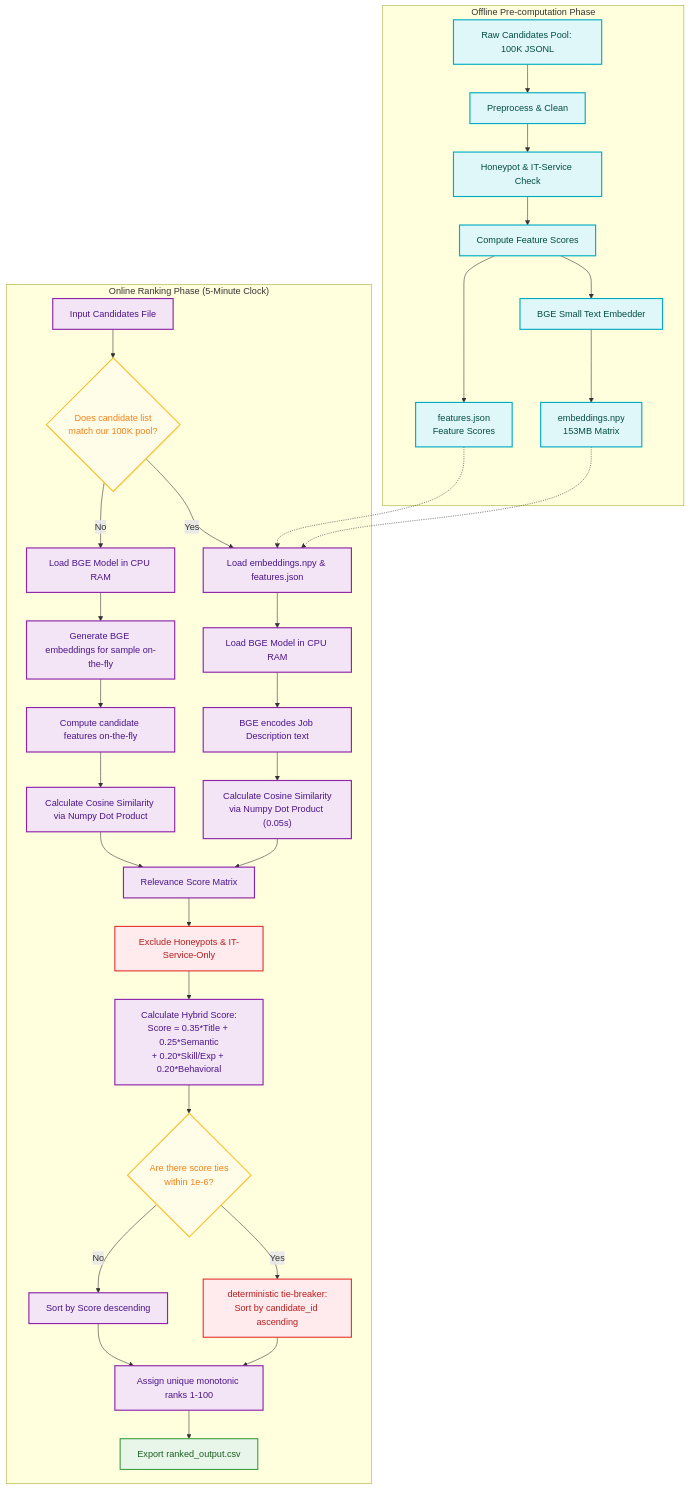
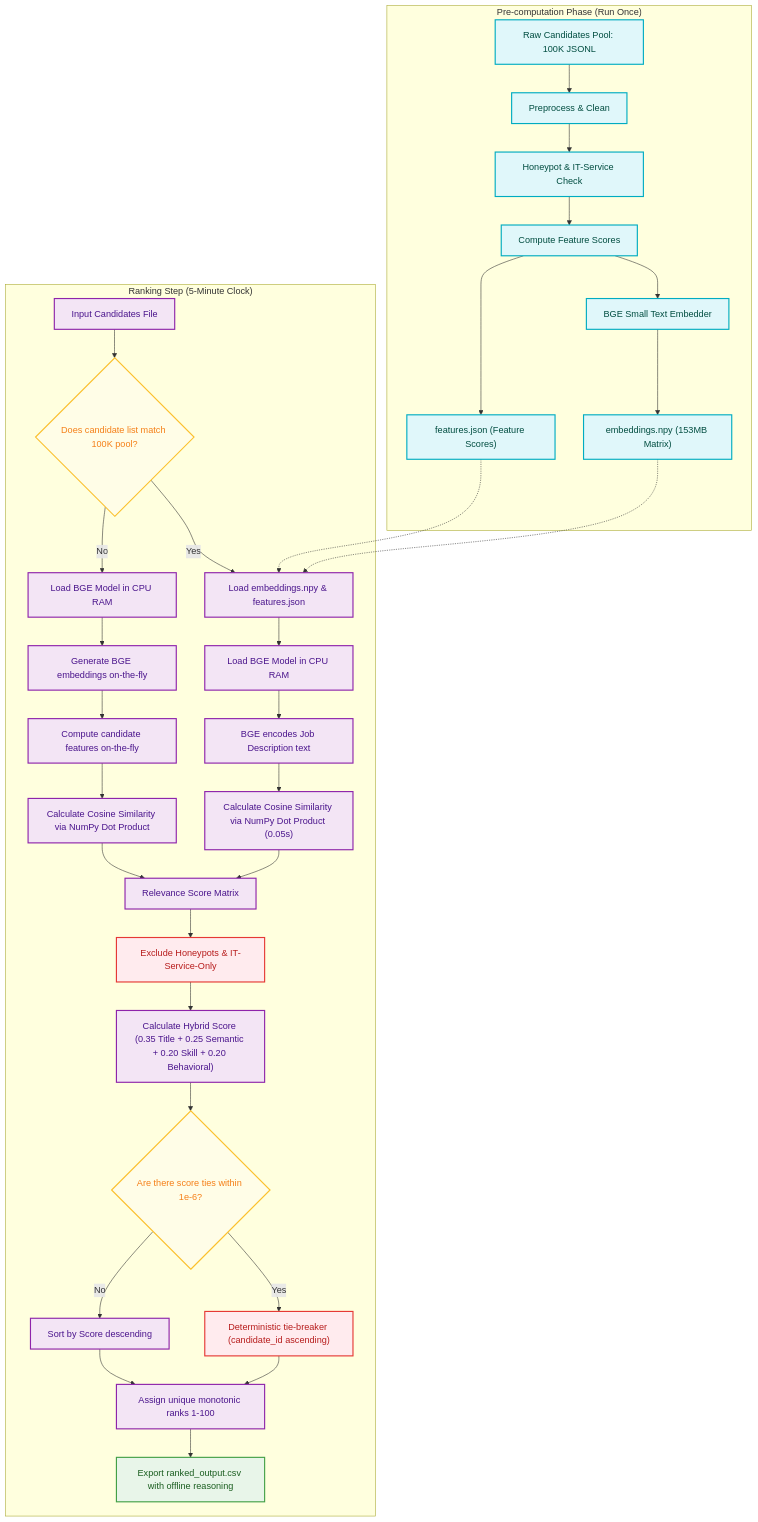
One commit to srinath2934/redrob changed the diagram in architecture_diagram.md. Above: the diagram before and after it, drawn with Mermaid. The commit also changed other lines of this file and 7 other files, not shown here.

First line of the commit message:
feat: add offline ranking engine, hybrid caching, Streamlit sandbox UI, and structured logging

````diff
--- a/architecture_diagram.md
+++ b/architecture_diagram.md
@@ -5,59 +5,58 @@
 ```mermaid
 flowchart TD
     %% Styling Definitions
-    classDef offline fill:#e0f7fa,stroke:#00acc1,stroke-width:2px,color:#004d40;
-    classDef online fill:#f3e5f5,stroke:#8e24aa,stroke-width:2px,color:#4a148c;
+    classDef prep fill:#e0f7fa,stroke:#00acc1,stroke-width:2px,color:#004d40;
+    classDef rank fill:#f3e5f5,stroke:#8e24aa,stroke-width:2px,color:#4a148c;
     classDef filter fill:#ffebee,stroke:#e53935,stroke-width:2px,color:#b71c1c;
     classDef decision fill:#fffde7,stroke:#fbc02d,stroke-width:2px,color:#f57f17;
     classDef output fill:#e8f5e9,stroke:#43a047,stroke-width:2px,color:#1b5e20;
 
     %% ----------------------------------------------------
-    %% OFFLINE PHASE
+    %% PRE-COMPUTATION PHASE
     %% ----------------------------------------------------
-    subgraph Offline ["Offline Pre-computation Phase"]
-        A[Raw Candidates Pool: 100K JSONL]:::offline --> B[Preprocess & Clean]:::offline
-        B --> C[Honeypot & IT-Service Check]:::offline
-        C --> D[Compute Feature Scores]:::offline
-        D --> E[BGE Small Text Embedder]:::offline
-        E --> F1[embeddings.npy\n153MB Matrix]:::offline
-        D --> F2[features.json\nFeature Scores]:::offline
+    subgraph Prep ["Pre-computation Phase (Run Once)"]
+        A["Raw Candidates Pool: 100K JSONL"]:::prep --> B["Preprocess & Clean"]:::prep
+        B --> C["Honeypot & IT-Service Check"]:::prep
+        C --> D["Compute Feature Scores"]:::prep
+        D --> E["BGE Small Text Embedder"]:::prep
+        E --> F1["embeddings.npy (153MB Matrix)"]:::prep
+        D --> F2["features.json (Feature Scores)"]:::prep
     end
 
     %% ----------------------------------------------------
-    %% ONLINE PHASE
+    %% RANKING STEP
     %% ----------------------------------------------------
-    subgraph Online ["Online Ranking Phase (5-Minute Clock)"]
-        G[Input Candidates File]:::online --> H{Does candidate list\nmatch our 100K pool?}:::decision
+    subgraph Rank ["Ranking Step (5-Minute Clock)"]
+        G["Input Candidates File"]:::rank --> H{"Does candidate list match 100K pool?"}:::decision
         
         %% Cached Mode (100K Candidates)
-        H -- Yes --> I1[Load embeddings.npy & features.json]:::online
-        I1 --> J1[Load BGE Model in CPU RAM]:::online
-        J1 --> K1[BGE encodes Job Description text]:::online
-        K1 --> L1["Calculate Cosine Similarity\nvia Numpy Dot Product (0.05s)"]:::online
-        L1 --> M1[Relevance Score Matrix]:::online
+        H -- "Yes" --> I1["Load embeddings.npy & features.json"]:::rank
+        I1 --> J1["Load BGE Model in CPU RAM"]:::rank
+        J1 --> K1["BGE encodes Job Description text"]:::rank
+        K1 --> L1["Calculate Cosine Similarity via NumPy Dot Product (0.05s)"]:::rank
+        L1 --> M1["Relevance Score Matrix"]:::rank
         
         %% Dynamic Mode (Sandbox / New Test Set)
-        H -- No --> I2[Load BGE Model in CPU RAM]:::online
-        I2 --> J2[Generate BGE embeddings for sample on-the-fly]:::online
-        J2 --> K2[Compute candidate features on-the-fly]:::online
-        K2 --> L2[Calculate Cosine Similarity via Numpy Dot Product]:::online
+        H -- "No" --> I2["Load BGE Model in CPU RAM"]:::rank
+        I2 --> J2["Generate BGE embeddings on-the-fly"]:::rank
+        J2 --> K2["Compute candidate features on-the-fly"]:::rank
+        K2 --> L2["Calculate Cosine Similarity via NumPy Dot Product"]:::rank
         L2 --> M1
         
         %% Hard Exclusions & Post-Scoring
-        M1 --> N[Exclude Honeypots & IT-Service-Only]:::filter
-        N --> O["Calculate Hybrid Score:\nScore = 0.35*Title + 0.25*Semantic\n+ 0.20*Skill/Exp + 0.20*Behavioral"]:::online
-        O --> P{Are there score ties\nwithin 1e-6?}:::decision
+        M1 --> N["Exclude Honeypots & IT-Service-Only"]:::filter
+        N --> O["Calculate Hybrid Score (0.35 Title + 0.25 Semantic + 0.20 Skill + 0.20 Behavioral)"]:::rank
+        O --> P{"Are there score ties within 1e-6?"}:::decision
         
         %% Tie-Breaking & Output
-        P -- Yes --> Q[deterministic tie-breaker:\nSort by candidate_id ascending]:::filter
-        P -- No --> R[Sort by Score descending]:::online
-        Q --> S[Assign unique monotonic ranks 1-100]:::online
+        P -- "Yes" --> Q["Deterministic tie-breaker (candidate_id ascending)"]:::filter
+        P -- "No" --> R["Sort by Score descending"]:::rank
+        Q --> S["Assign unique monotonic ranks 1-100"]:::rank
         R --> S
-        S --> T[Export ranked_output.csv]:::output
+        S --> T["Export ranked_output.csv with offline reasoning"]:::output
     end
 
     %% Phase Connection
     F1 -.-> I1
     F2 -.-> I1
-
 ```
````
